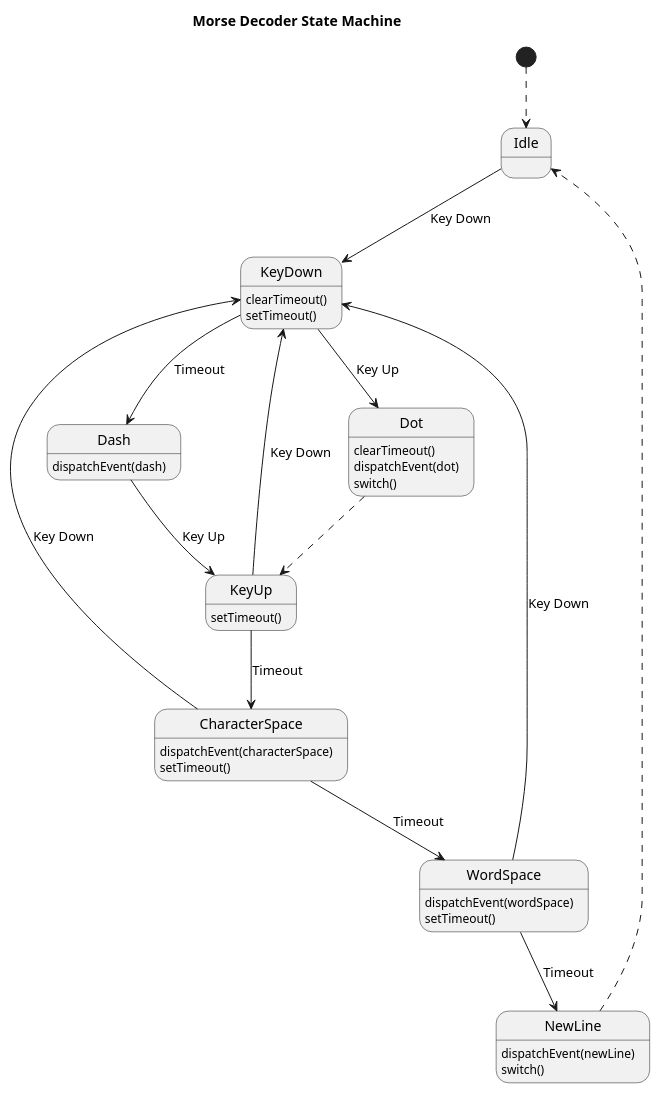
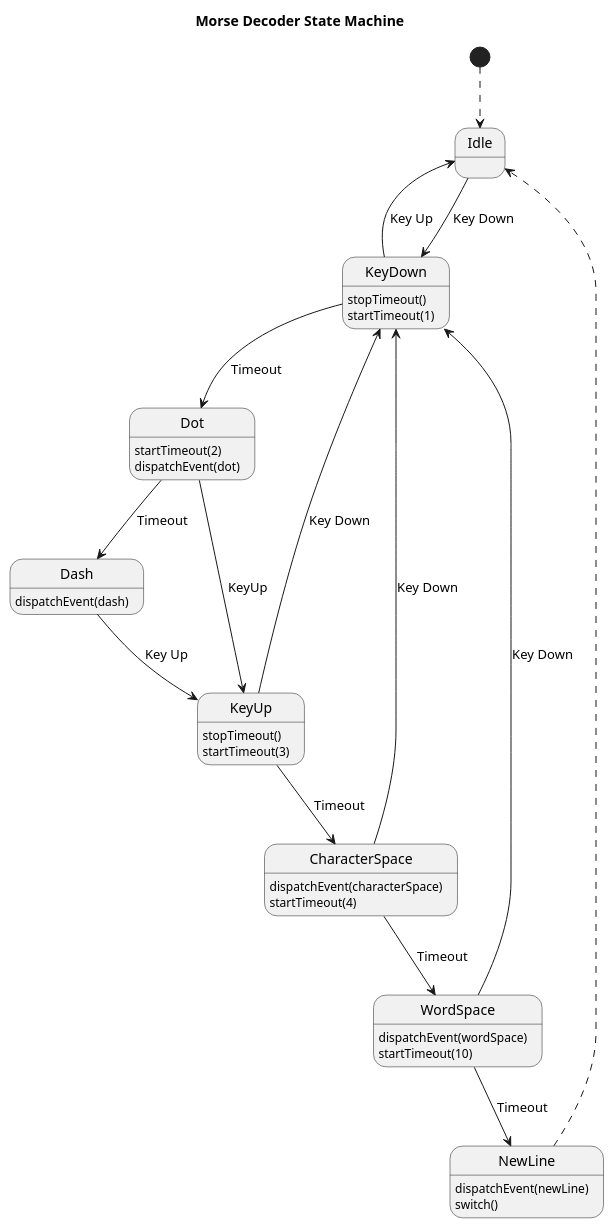
One commit to dc1rp/cw-instructor changed the diagram in decoder-state-machine.puml. Above: the diagram before and after it, drawn with PlantUML. The commit also changed 2 other files, not shown here.

```diff
--- a/decoder-state-machine.puml
+++ b/decoder-state-machine.puml
@@ -1,33 +1,34 @@
 @startuml
 title Morse Decoder State Machine
 
 [*] -[Dashed]-> Idle
 Idle --> KeyDown : Key Down
-KeyDown --> Dash : Timeout
+Dot --> Dash : Timeout
+KeyDown --> Idle : Key Up
 Dash --> KeyUp : Key Up
-KeyDown --> Dot : Key Up
-Dot -[Dashed]-> KeyUp
+KeyDown --> Dot : Timeout
+Dot --> KeyUp : KeyUp
 WordSpace --> NewLine : Timeout
 KeyUp --> CharacterSpace : Timeout
 CharacterSpace --> WordSpace : Timeout
 CharacterSpace --> KeyDown : Key Down
 KeyUp --> KeyDown : Key Down
 WordSpace --> KeyDown : Key Down
 NewLine -[Dashed]-> Idle
 
 state Idle
-state KeyDown : clearTimeout()
-state KeyDown : setTimeout()
-state Dot : clearTimeout()
+state KeyDown : stopTimeout()
+state KeyDown : startTimeout(1)
+state Dot : startTimeout(2)
 state Dot : dispatchEvent(dot)
-state Dot : switch()
 state Dash : dispatchEvent(dash)
-state KeyUp : setTimeout()
+state KeyUp : stopTimeout()
+state KeyUp : startTimeout(3)
 state CharacterSpace : dispatchEvent(characterSpace)
-state CharacterSpace : setTimeout()
+state CharacterSpace : startTimeout(4)
 state WordSpace : dispatchEvent(wordSpace)
-state WordSpace : setTimeout()
+state WordSpace : startTimeout(10)
 state NewLine : dispatchEvent(newLine)
 state NewLine : switch()
 
 @enduml
```
